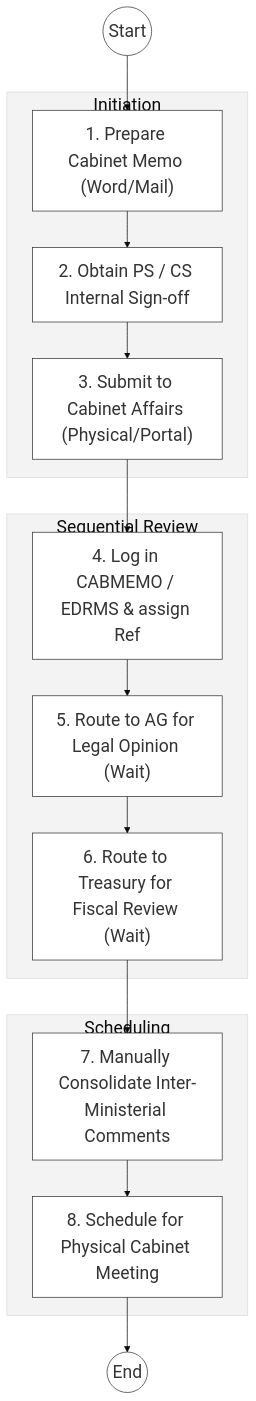
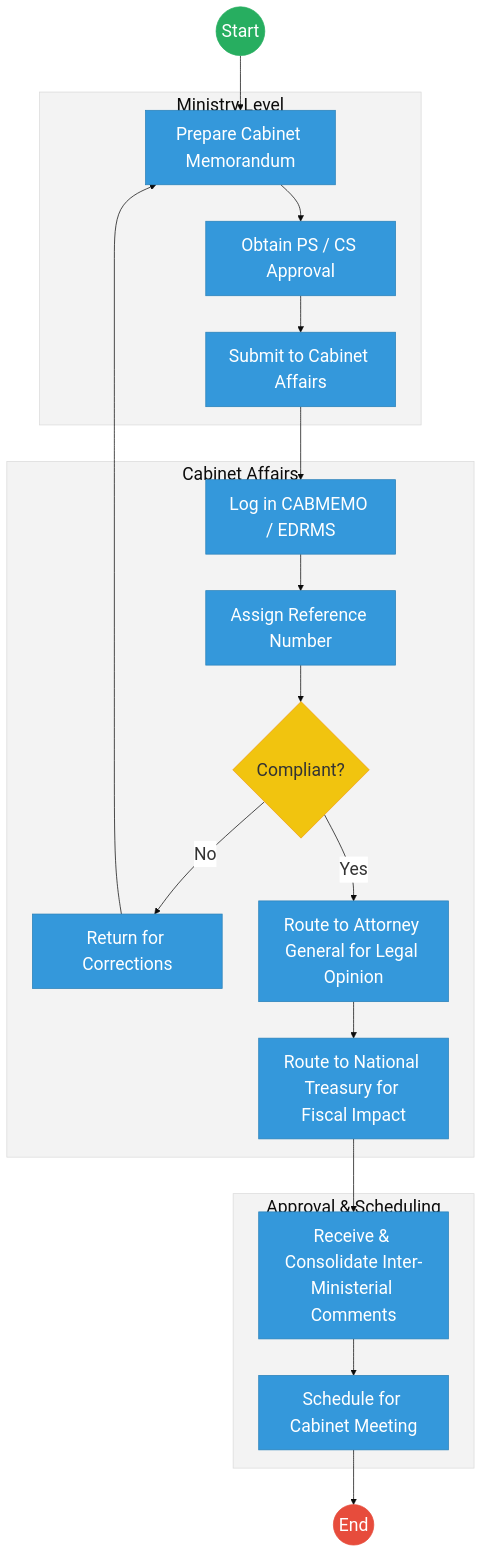
One commit to BITZ-IT-Consulting-LTD/ictapoc changed the first of 2 diagrams in mdas/docs_final/priority_mdas/CABINET_OFFICE___Service_Delivery.md. Above: the diagram before and after it, drawn with Mermaid. The commit also changed other lines of this file and 90 other files, not shown here.

````diff
--- a/mdas/docs_final/priority_mdas/CABINET_OFFICE___Service_Delivery.md
+++ b/mdas/docs_final/priority_mdas/CABINET_OFFICE___Service_Delivery.md
@@ -77,23 +39,38 @@
 ```mermaid
 %%{init: { 'theme': 'base', 'themeVariables': { 'fontSize': '24px', 'fontFamily': 'Inter, system-ui, sans-serif', 'primaryColor': '#ffffff', 'edgeLabelBackground':'#ffffff', 'tertiaryColor': '#f3f3f3', 'mainBkg': '#ffffff', 'nodeBorder': '#333333' } } }%%
-flowchart TD
-    Start((Start)) --> Prepare["1. Prepare Cabinet Memo (Word/Mail)"]
+graph TD
+    Start((Start)) --> Prepare["Prepare Cabinet Memorandum"]
     
-    subgraph Ministry_Silo["Initiation"]
-        Prepare --> CS_Approve["2. Obtain PS / CS Internal Sign-off"]
-        CS_Approve --> Submit["3. Submit to Cabinet Affairs (Physical/Portal)"]
+    subgraph Initiation["Ministry Level"]
+        Prepare --> PS_Approve["Obtain PS / CS Approval"]
+        PS_Approve --> Submit["Submit to Cabinet Affairs"]
     end
+    
+    subgraph Processing["Cabinet Affairs"]
+        Submit --> Log["Log in CABMEMO / EDRMS"]
+        Log --> Assign["Assign Reference Number"]
+        Assign --> Compliant{"Compliant?"}
+        
+        Compliant -- "No" --> Return["Return for Corrections"]
+        Return --> Prepare
+        
+        Compliant -- "Yes" --> RouteAG["Route to Attorney General for Legal Opinion"]
+        RouteAG --> RouteTreasury["Route to National Treasury for Fiscal Impact"]
+    end
+    
+    subgraph Finalization["Approval & Scheduling"]
+        RouteTreasury --> Comments["Receive & Consolidate Inter-Ministerial Comments"]
+        Comments --> Schedule["Schedule for Cabinet Meeting"]
+    end
+    
+    Schedule --> End((End))
 
-    subgraph Coordination_Silo["Sequential Review"]
-        Submit --> Log["4. Log in CABMEMO / EDRMS & assign Ref"]
-        Log --> RouteAG["5. Route to AG for Legal Opinion (Wait)"]
-        RouteAG --> RouteTreasury["6. Route to Treasury for Fiscal Review (Wait)"]
-    end
-
-    subgraph Execution_Silo["Scheduling"]
-        RouteTreasury --> Comments["7. Manually Consolidate Inter-Ministerial Comments"]
-        Comments --> Schedule["8. Schedule for Physical Cabinet Meeting"]
-    end
-
-    Schedule --> End((End))
+    classDef start fill:#27ae60,stroke:#27ae60,color:#fff,font-size:24px,font-size:24px;;
+    classDef endNode fill:#e74c3c,stroke:#e74c3c,color:#fff,font-size:24px,font-size:24px;;
+    classDef userTask fill:#3498db,stroke:#2980b9,color:#fff,font-size:24px,font-size:24px;;
+    classDef gateway fill:#f1c40f,stroke:#f39c12,color:#333,font-size:24px,font-size:24px;;
+    class Start start;
+    class End endNode;
+    class Compliant gateway;
+    class Prepare,PS_Approve,Submit,Log,Assign,Return,RouteAG,RouteTreasury,Comments,Schedule userTask;
 ```
````
